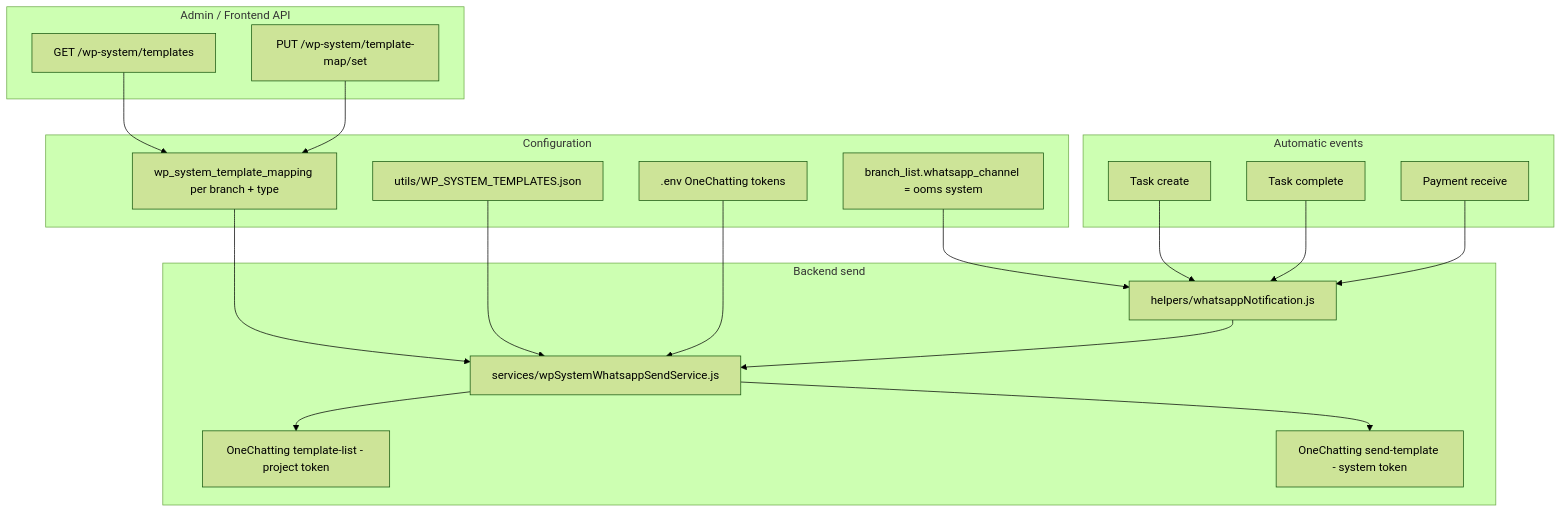
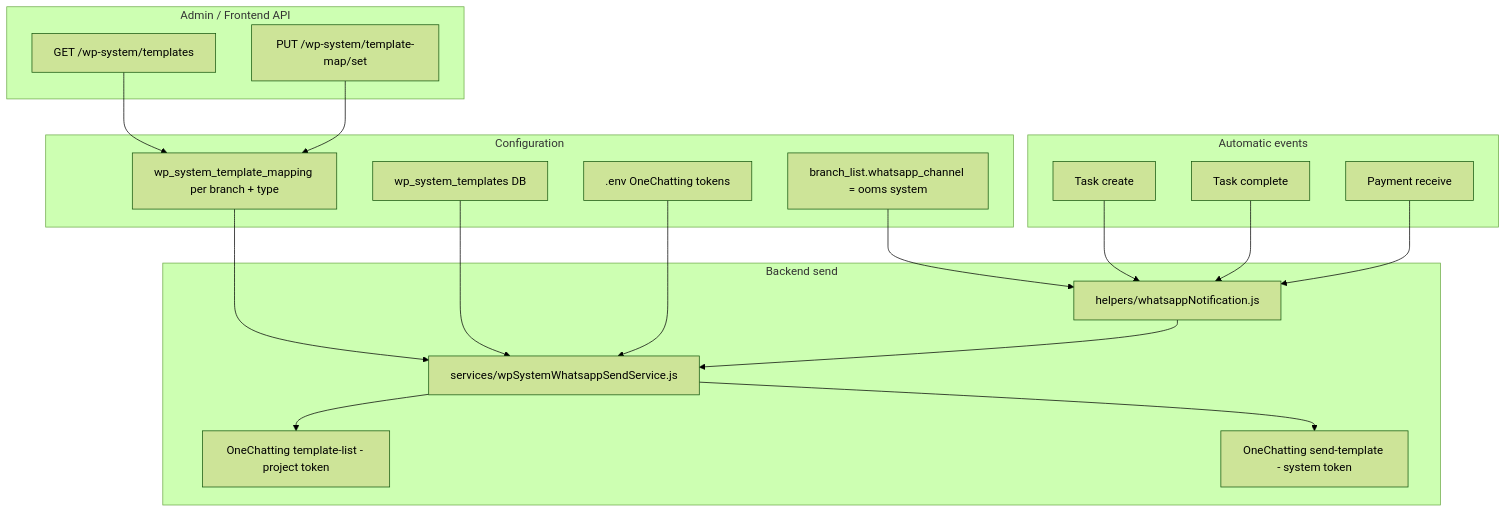
The diagram in docs/wp_system.md (bmprofca/oomsserver), drawn with Mermaid (forest theme) before and after one commit. The commit also changed other lines of this file and 15 other files, not shown here.

````diff
--- a/docs/wp_system.md
+++ b/docs/wp_system.md
@@ -28,40 +28,40 @@
 ```mermaid
 flowchart TB
     subgraph config [Configuration]
         A[branch_list.whatsapp_channel = ooms system]
         B[wp_system_template_mapping per branch + type]
-        C[utils/WP_SYSTEM_TEMPLATES.json]
+        C[wp_system_templates DB]
         D[.env OneChatting tokens]
     end
 
     subgraph api [Admin / Frontend API]
         E[GET /wp-system/templates]
         F[PUT /wp-system/template-map/set]
     end
 
     subgraph events [Automatic events]
         G[Task create]
         H[Task complete]
         I[Payment receive]
     end
 
     subgraph send [Backend send]
         J[helpers/whatsappNotification.js]
         K[services/wpSystemWhatsappSendService.js]
         L[OneChatting template-list - project token]
         M[OneChatting send-template - system token]
     end
 
     A --> J
     B --> K
     C --> K
     D --> K
     E --> B
     F --> B
     G --> J
     H --> J
     I --> J
     J --> K
     K --> L
     K --> M
 ```
````
